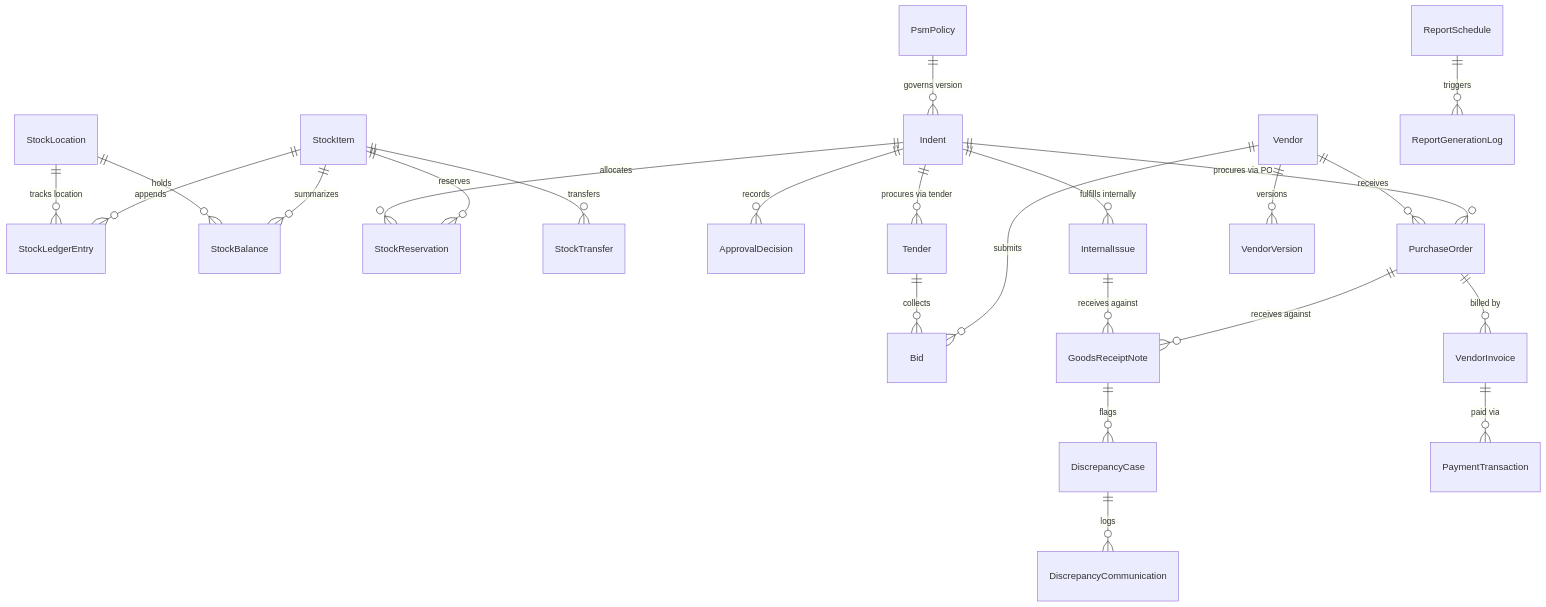
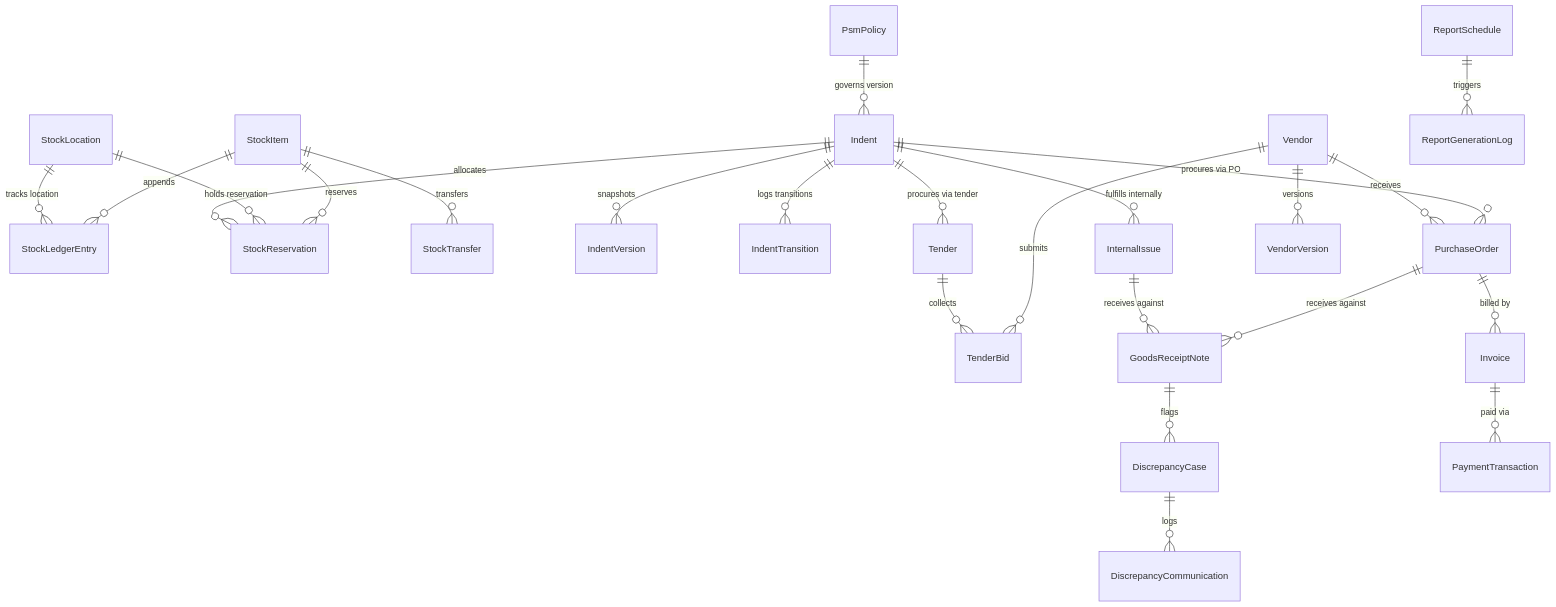
Before and after one commit to FusionIIIT/Fusion-Integrated: the diagram in docs/09-psm/psm-domain-model.md, drawn with Mermaid. The commit also changed other lines of this file and 33 other files, not shown here.

````diff
--- a/docs/09-psm/psm-domain-model.md
+++ b/docs/09-psm/psm-domain-model.md
@@ -7,26 +7,26 @@
 ```mermaid
 erDiagram
     PsmPolicy ||--o{ Indent : "governs version"
     StockItem ||--o{ StockLedgerEntry : "appends"
     StockLocation ||--o{ StockLedgerEntry : "tracks location"
-    StockItem ||--o{ StockBalance : "summarizes"
-    StockLocation ||--o{ StockBalance : "holds"
     StockItem ||--o{ StockReservation : "reserves"
+    StockLocation ||--o{ StockReservation : "holds reservation"
     StockItem ||--o{ StockTransfer : "transfers"
-    Indent ||--o{ ApprovalDecision : "records"
+    Indent ||--o{ IndentVersion : "snapshots"
+    Indent ||--o{ IndentTransition : "logs transitions"
     Indent ||--o{ StockReservation : "allocates"
     Indent ||--o{ InternalIssue : "fulfills internally"
     Indent ||--o{ Tender : "procures via tender"
     Indent ||--o{ PurchaseOrder : "procures via PO"
     Vendor ||--o{ VendorVersion : "versions"
-    Vendor ||--o{ Bid : "submits"
+    Vendor ||--o{ TenderBid : "submits"
     Vendor ||--o{ PurchaseOrder : "receives"
-    Tender ||--o{ Bid : "collects"
+    Tender ||--o{ TenderBid : "collects"
     PurchaseOrder ||--o{ GoodsReceiptNote : "receives against"
     InternalIssue ||--o{ GoodsReceiptNote : "receives against"
     GoodsReceiptNote ||--o{ DiscrepancyCase : "flags"
     DiscrepancyCase ||--o{ DiscrepancyCommunication : "logs"
-    PurchaseOrder ||--o{ VendorInvoice : "billed by"
-    VendorInvoice ||--o{ PaymentTransaction : "paid via"
+    PurchaseOrder ||--o{ Invoice : "billed by"
+    Invoice ||--o{ PaymentTransaction : "paid via"
     ReportSchedule ||--o{ ReportGenerationLog : "triggers"
 ```
````
